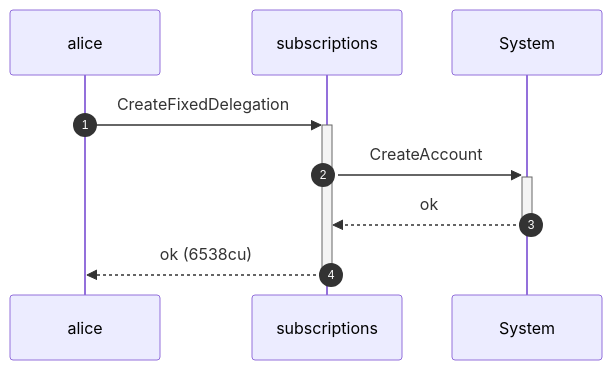
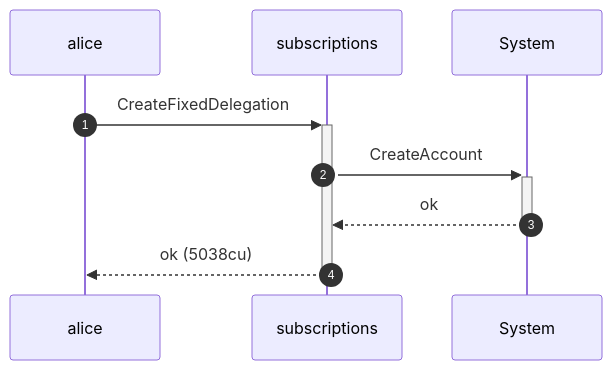
The sixth of 12 diagrams in dsl_tests/revoke-a-fixed-delegation.md (cds-rs/subscriptions), drawn with Mermaid before and after one commit. The commit also changed other lines of this file and 224 other files, not shown here.

````diff
--- a/dsl_tests/revoke-a-fixed-delegation.md
+++ b/dsl_tests/revoke-a-fixed-delegation.md
@@ -116,11 +122,11 @@
 ```mermaid
 sequenceDiagram
     autonumber
     participant alice
     participant subscriptions
     participant System
     alice ->>+ subscriptions: CreateFixedDelegation
     subscriptions ->>+ System: CreateAccount
     System -->>- subscriptions: ok
-    subscriptions -->>- alice: ok (6538cu)
+    subscriptions -->>- alice: ok (5038cu)
 ```
````
